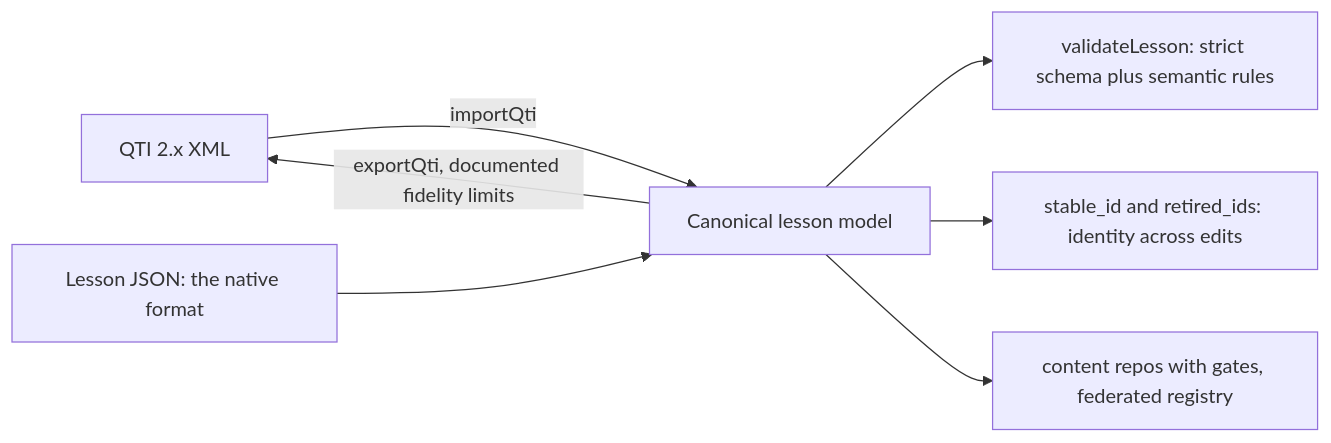
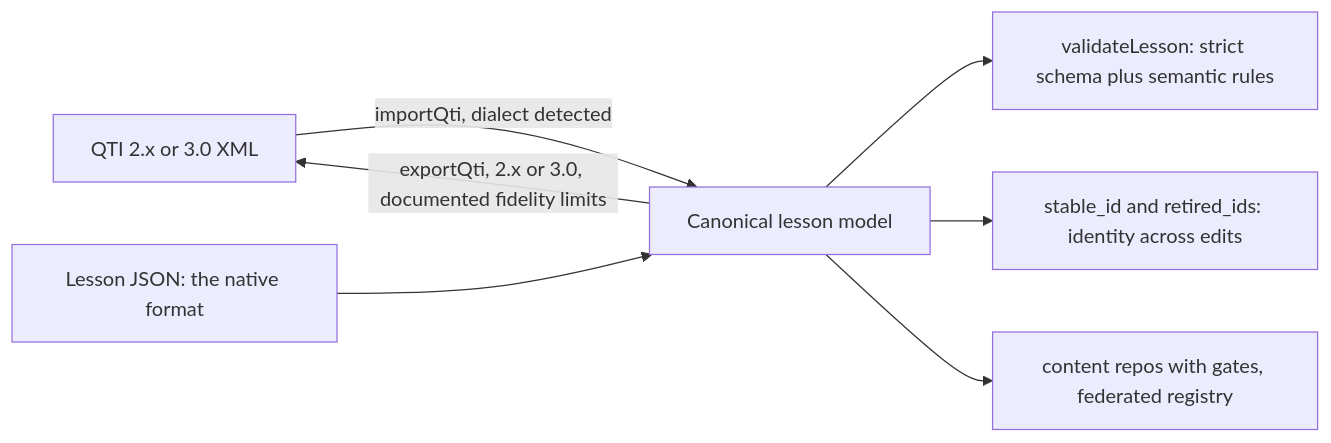
Before and after one commit to astrapi69/learn-content-engine: the third of 6 diagrams in docs/comparative-analysis.md, drawn with Mermaid. The commit also changed other lines of this file and 15 other files, not shown here.

First line of the commit message:
feat(qti): QTI 3.0 dialect, detected on import and chosen on export (#158) (#159)

````diff
--- a/docs/comparative-analysis.md
+++ b/docs/comparative-analysis.md
@@ -460,9 +460,9 @@
 ```mermaid
 flowchart LR
-  QTI[QTI 2.x XML] -->|importQti| C[Canonical lesson model]
-  C -->|exportQti, documented fidelity limits| QTI
+  QTI[QTI 2.x or 3.0 XML] -->|importQti, dialect detected| C[Canonical lesson model]
+  C -->|exportQti, 2.x or 3.0, documented fidelity limits| QTI
   JSON[Lesson JSON: the native format] --> C
   C --> V[validateLesson: strict schema plus semantic rules]
   C --> S[stable_id and retired_ids: identity across edits]
   C --> F[content repos with gates, federated registry]
 ```
````
